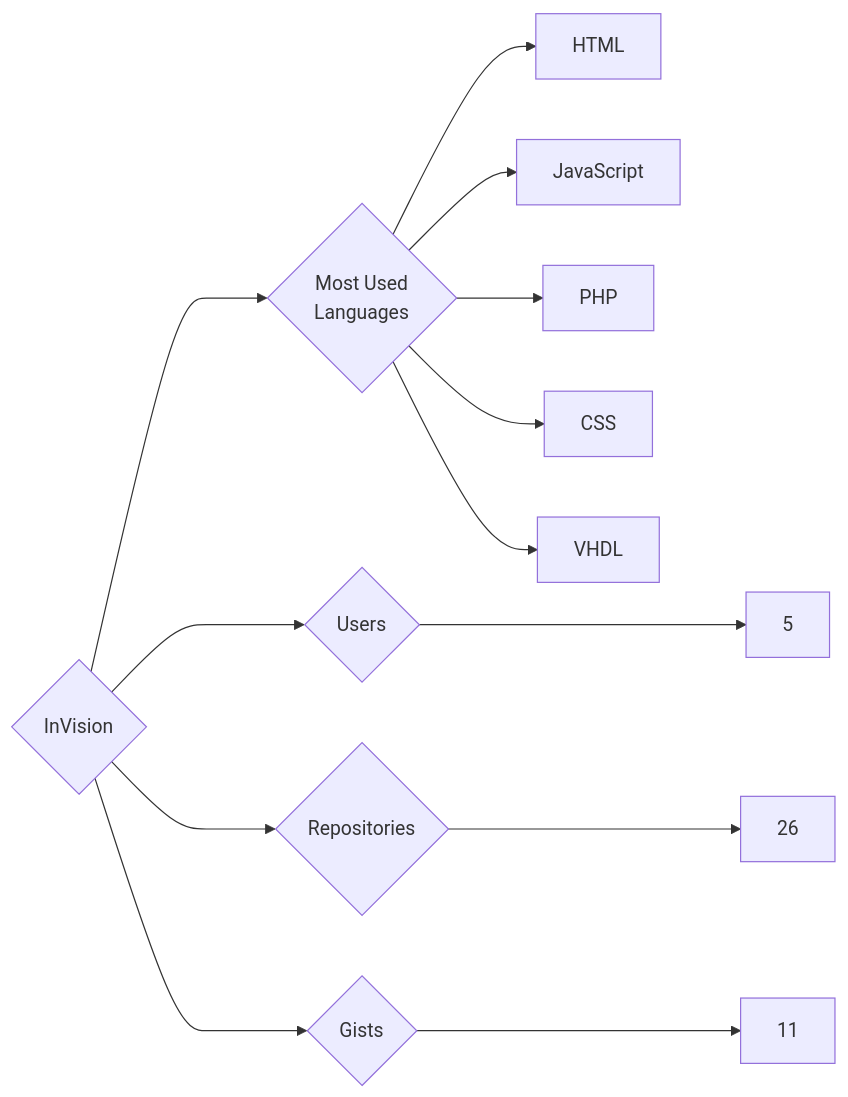
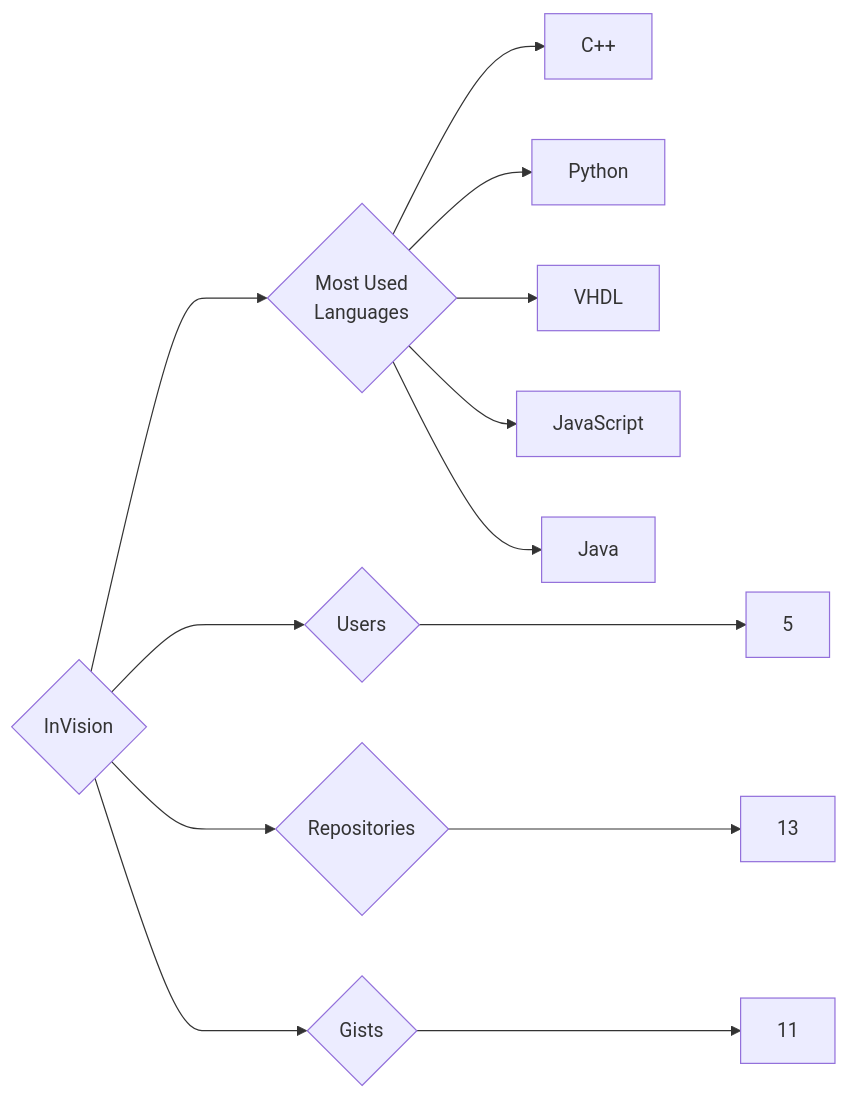
The diagram in targets/InVision/README.md (trickest/insiders), drawn with Mermaid before and after one commit. The commit also changed 1166 other files, not shown here.

````diff
--- a/targets/InVision/README.md
+++ b/targets/InVision/README.md
@@ -3,13 +3,13 @@
 ```mermaid
 graph LR
 COMPANY_NAME{InVision}
 COMPANY_NAME ---> U{Users} ---> UN[5]
-COMPANY_NAME ---> R{Repositories} ---> RN[26]
+COMPANY_NAME ---> R{Repositories} ---> RN[13]
 COMPANY_NAME ---> G{Gists} ---> GN[11]
 COMPANY_NAME ---> ML{Most Used<br>Languages}
-ML --> HTML[HTML]
+ML --> C++[C++]
+ML --> Python[Python]
+ML --> VHDL[VHDL]
 ML --> JavaScript[JavaScript]
-ML --> PHP[PHP]
-ML --> CSS[CSS]
-ML --> VHDL[VHDL]
+ML --> Java[Java]
 ```
````
